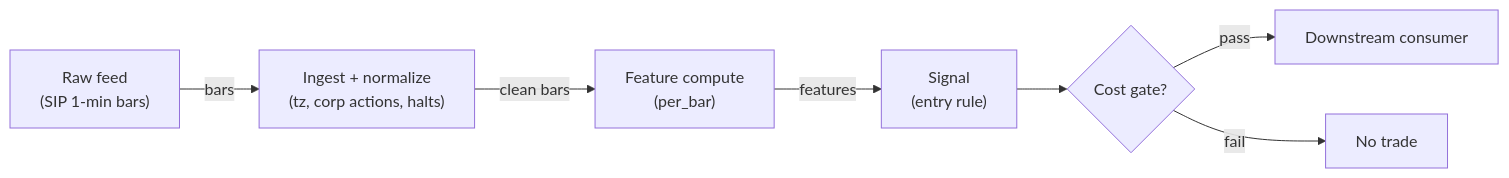
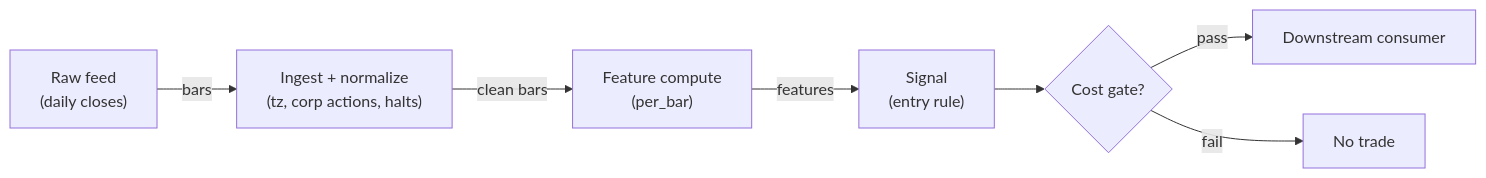
The diagram in modules/signals/S042.md (praveenguptahcl/quant-signals-deep), drawn with Mermaid before and after one commit. The commit also changed other lines of this file and 117 other files, not shown here.

````diff
--- a/modules/signals/S042.md
+++ b/modules/signals/S042.md
@@ -393,9 +472,9 @@
 ```mermaid
 flowchart LR
-    FEED["Raw feed<br/>(SIP 1-min bars)"] -->|bars| ING["Ingest + normalize<br/>(tz, corp actions, halts)"]
+    FEED["Raw feed<br/>(daily closes)"] -->|bars| ING["Ingest + normalize<br/>(tz, corp actions, halts)"]
     ING -->|clean bars| FEAT["Feature compute<br/>(per_bar)"]
     FEAT -->|features| SIG["Signal<br/>(entry rule)"]
     SIG --> GATE{"Cost gate?"} 
     GATE -->|pass| OUT["Downstream consumer"]
     GATE -->|fail| DROP["No trade"]
 ```
````
